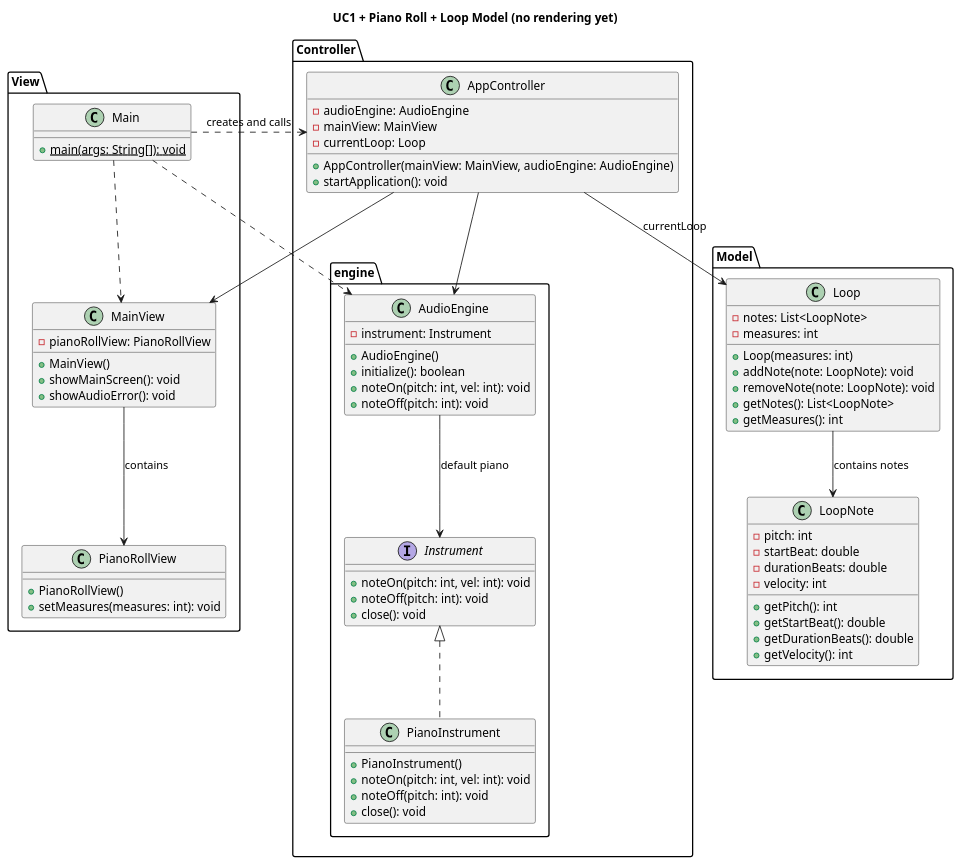
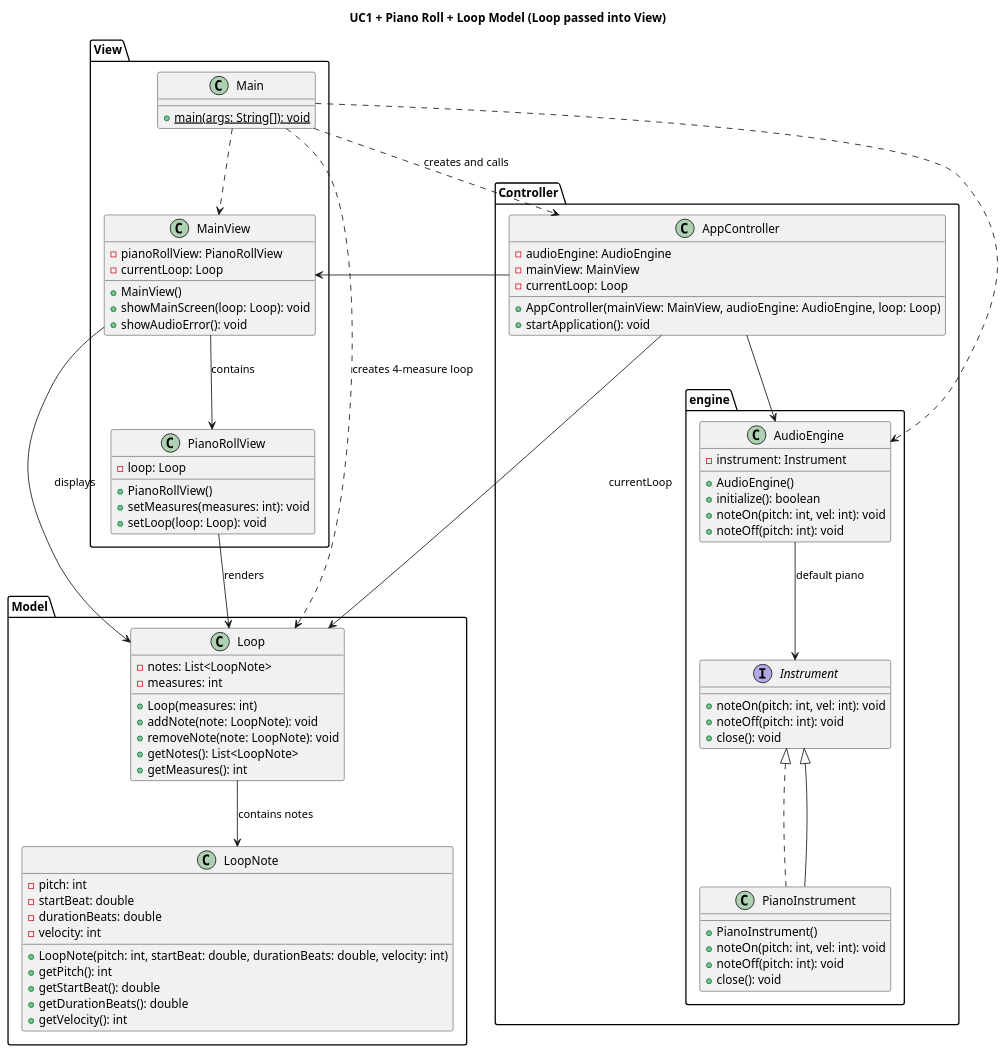
Before and after one commit to nu-cs-sw-design/project-20252601-music_platform: the diagram in docs/design/design.puml, drawn with PlantUML. The commit also changed 4 other files, not shown here.

```diff
--- a/docs/design/design.puml
+++ b/docs/design/design.puml
@@ -1,104 +1,107 @@
 @startuml
-title UC1 + Piano Roll + Loop Model (no rendering yet)
+title UC1 + Piano Roll + Loop Model (Loop passed into View)
 
 package View {
     class Main {
         +{static} main(args: String[]): void
     }
 
     class MainView {
         -pianoRollView: PianoRollView
+        -currentLoop: Loop
 
         +MainView()
-        +showMainScreen(): void
+        +showMainScreen(loop: Loop): void
         +showAudioError(): void
     }
 
     class PianoRollView {
+        -loop: Loop
+
         +PianoRollView()
         +setMeasures(measures: int): void
+        +setLoop(loop: Loop): void
+    }
+}
+
+package Model {
+    class Loop {
+        -notes: List<LoopNote>
+        -measures: int
+
+        +Loop(measures: int)
+        +addNote(note: LoopNote): void
+        +removeNote(note: LoopNote): void
+        +getNotes(): List<LoopNote>
+        +getMeasures(): int
+    }
+
+    class LoopNote {
+        -pitch: int
+        -startBeat: double
+        -durationBeats: double
+        -velocity: int
+
+        +LoopNote(pitch: int, startBeat: double, durationBeats: double, velocity: int)
+        +getPitch(): int
+        +getStartBeat(): double
+        +getDurationBeats(): double
+        +getVelocity(): int
     }
 }
 
 package Controller {
     class AppController {
         -audioEngine: AudioEngine
         -mainView: MainView
         -currentLoop: Loop
 
-        +AppController(mainView: MainView, audioEngine: AudioEngine)
+        +AppController(mainView: MainView, audioEngine: AudioEngine, loop: Loop)
         +startApplication(): void
     }
 
     package engine {
         interface Instrument {
             +noteOn(pitch: int, vel: int): void
             +noteOff(pitch: int): void
             +close(): void
         }
 
         class PianoInstrument implements Instrument {
             +PianoInstrument()
             +noteOn(pitch: int, vel: int): void
             +noteOff(pitch: int): void
             +close(): void
         }
 
         class AudioEngine {
             -instrument: Instrument
             +AudioEngine()
             +initialize(): boolean
             +noteOn(pitch: int, vel: int): void
             +noteOff(pitch: int): void
         }
     }
 }
 
-package Model {
-    class Loop {
-        -notes: List<LoopNote>
-        -measures: int
-
-        +Loop(measures: int)
-        +addNote(note: LoopNote): void
-        +removeNote(note: LoopNote): void
-        +getNotes(): List<LoopNote>
-        +getMeasures(): int
-    }
-
-    class LoopNote {
-        -pitch: int
-        -startBeat: double
-        -durationBeats: double
-        -velocity: int
-
-        +getPitch(): int
-        +getStartBeat(): double
-        +getDurationBeats(): double
-        +getVelocity(): int
-    }
-
-}
-
 ' --- Relationships ---
 
-' Startup wiring
 Main ..> AppController : "creates and calls"
 Main ..> MainView
 Main ..> AudioEngine
+Main ..> Loop : "creates 4-measure loop"
 
-' View wiring
 MainView --> PianoRollView : "contains"
+MainView --> Loop : "displays"
+PianoRollView --> Loop : "renders"
 
-' Controller wiring
 AppController --> MainView
 AppController --> AudioEngine
 AppController --> Loop : "currentLoop"
 
-' Engine wiring
+Controller.engine.PianoInstrument --|> Controller.engine.Instrument
 Controller.engine.AudioEngine --> Controller.engine.Instrument : "default piano"
 
-' Model wiring
 Loop --> LoopNote : "contains notes"
 
 @enduml
```
